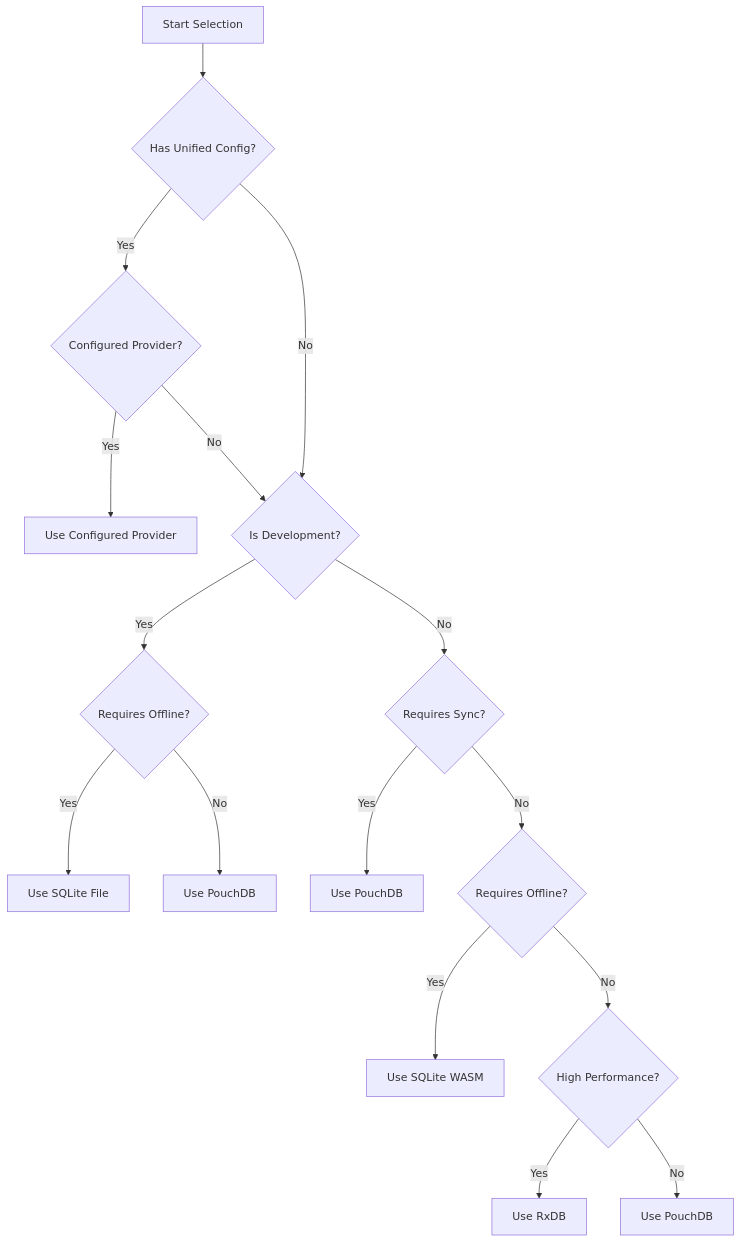
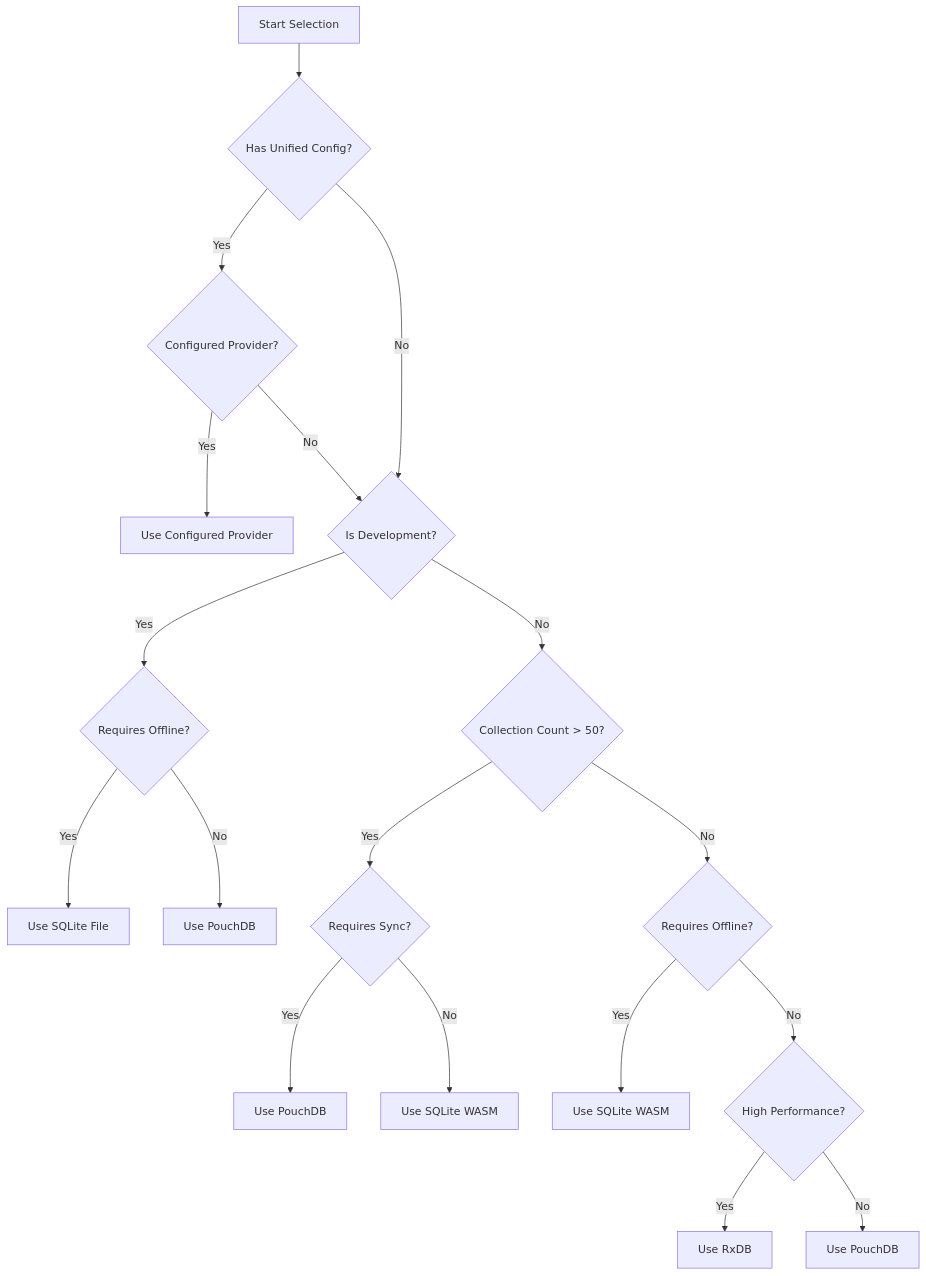
One commit to geniusdynamics/schoolpilot changed the second of 4 diagrams in .qoder/repowiki/en/content/Development Tools & Scripts/Database Architecture.md. Above: the diagram before and after it, drawn with Mermaid. The commit also changed other lines of this file and 760 other files, not shown here.

````diff
--- a/.qoder/repowiki/en/content/Development Tools & Scripts/Database Architecture.md
+++ b/.qoder/repowiki/en/content/Development Tools & Scripts/Database Architecture.md
@@ -129,18 +368,20 @@
 ```mermaid
 flowchart TD
 A[Start Selection] --> B{Has Unified Config?}
 B --> |Yes| C{Configured Provider?}
 C --> |Yes| D[Use Configured Provider]
 C --> |No| E{Is Development?}
 B --> |No| E
 E --> |Yes| F{Requires Offline?}
 F --> |Yes| G[Use SQLite File]
 F --> |No| H[Use PouchDB]
-E --> |No| I{Requires Sync?}
-I --> |Yes| J[Use PouchDB]
-I --> |No| K{Requires Offline?}
-K --> |Yes| L[Use SQLite WASM]
-K --> |No| M{High Performance?}
-M --> |Yes| N[Use RxDB]
-M --> |No| O[Use PouchDB]
+E --> |No| I{Collection Count > 50?}
+I --> |Yes| J{Requires Sync?}
+J --> |Yes| K[Use PouchDB]
+J --> |No| L[Use SQLite WASM]
+I --> |No| M{Requires Offline?}
+M --> |Yes| N[Use SQLite WASM]
+M --> |No| O{High Performance?}
+O --> |Yes| P[Use RxDB]
+O --> |No| Q[Use PouchDB]
 ```
````
